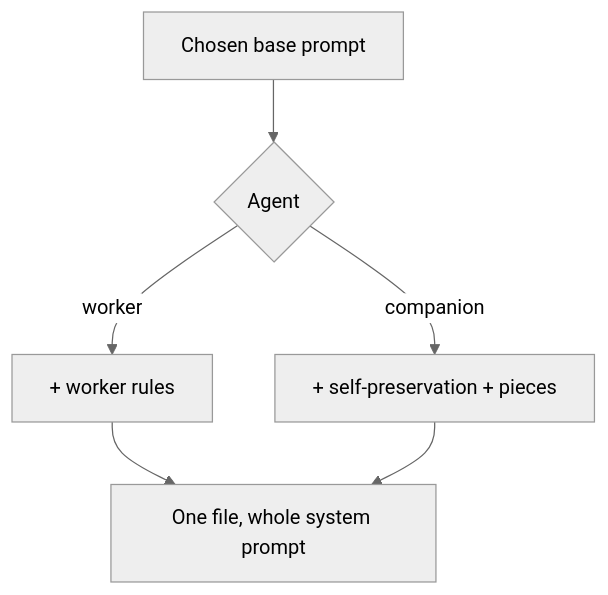
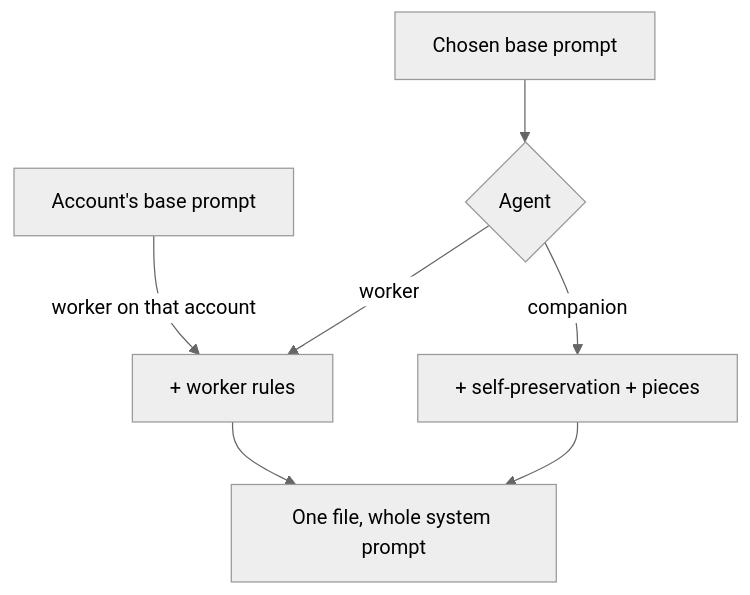
The diagram in docs/base-prompts.md (ahas/bmo-agency), drawn with Mermaid (neutral theme) before and after one commit. The commit also changed other lines of this file and 8 other files, not shown here.

First line of the commit message:
Document endpoint accounts and account-named base prompts

````diff
--- a/docs/base-prompts.md
+++ b/docs/base-prompts.md
@@ -28,8 +37,9 @@
 ```mermaid
 flowchart TD
+  F[Account's base prompt] -- worker on that account --> C
   A[Chosen base prompt] --> B{Agent}
   B -- worker --> C[+ worker rules]
   B -- companion --> D[+ self-preservation + pieces]
   C --> E[One file, whole system prompt]
   D --> E
 ```
````
